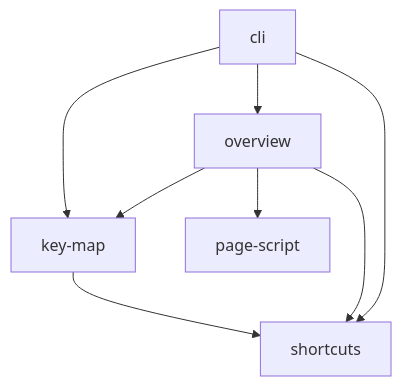
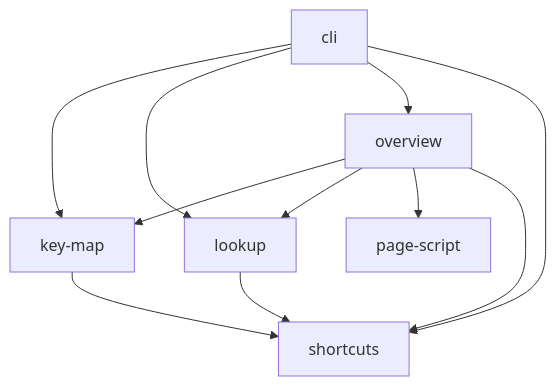
One commit to tiavelum/mac-shortcut-map changed the diagram in src/README.md. Above: the diagram before and after it, drawn with Mermaid. The commit also changed other lines of this file and 7 other files, not shown here.

````diff
--- a/src/README.md
+++ b/src/README.md
@@ -30,10 +30,13 @@
 ```mermaid
 flowchart TD
   cli["cli"] --> key_map["key-map"]
+  cli["cli"] --> lookup["lookup"]
   cli["cli"] --> overview["overview"]
   cli["cli"] --> shortcuts["shortcuts"]
   key_map["key-map"] --> shortcuts["shortcuts"]
+  lookup["lookup"] --> shortcuts["shortcuts"]
   overview["overview"] --> key_map["key-map"]
+  overview["overview"] --> lookup["lookup"]
   overview["overview"] --> page_script["page-script"]
   overview["overview"] --> shortcuts["shortcuts"]
 ```
````
